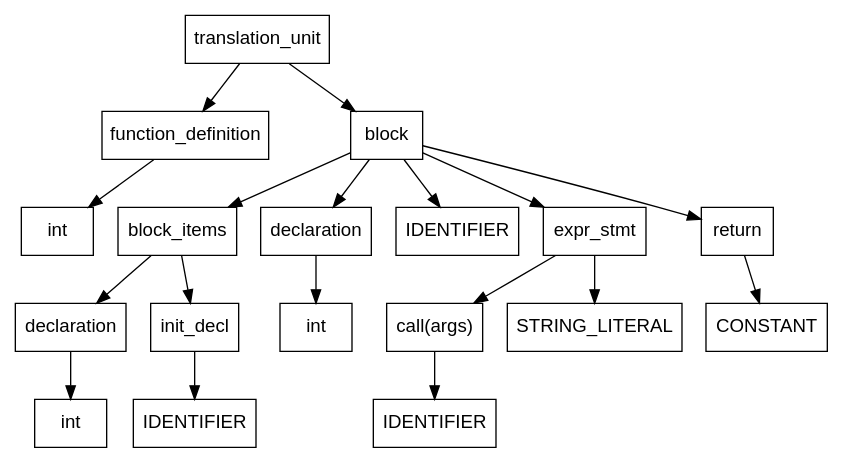
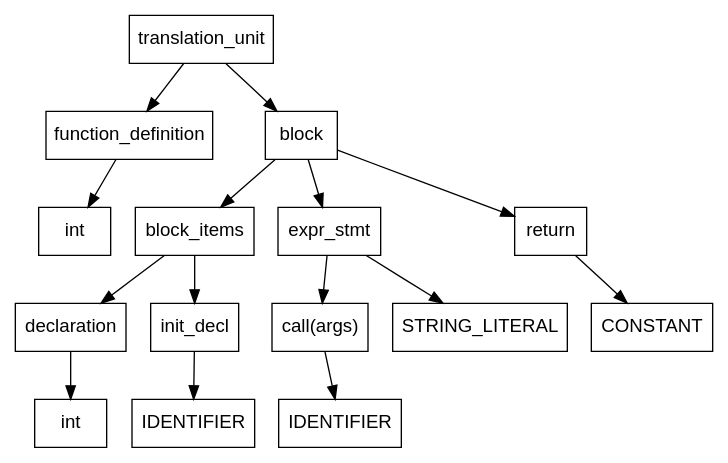
The diagram in server/syntax/parsetree.dot (harshitbhatt18/Nano-CC-Compiler), drawn with Graphviz before and after one commit. The commit also changed 20 other files, not shown here.

```diff
--- a/server/syntax/parsetree.dot
+++ b/server/syntax/parsetree.dot
@@ -1,39 +1,33 @@
 digraph ParseTree {
 node [shape=box, fontname="Arial"];
 edge [fontname="Arial"];
   node1 [label="translation_unit"];
   node2 [label="function_definition"];
   node1 -> node2;
   node3 [label="int"];
   node2 -> node3;
   node4 [label="block"];
   node1 -> node4;
   node5 [label="block_items"];
   node4 -> node5;
   node6 [label="declaration"];
   node5 -> node6;
   node7 [label="int"];
   node6 -> node7;
   node8 [label="init_decl"];
   node5 -> node8;
   node9 [label="IDENTIFIER"];
   node8 -> node9;
-  node10 [label="declaration"];
+  node10 [label="expr_stmt"];
   node4 -> node10;
-  node11 [label="int"];
+  node11 [label="call(args)"];
   node10 -> node11;
   node12 [label="IDENTIFIER"];
-  node4 -> node12;
-  node13 [label="expr_stmt"];
-  node4 -> node13;
-  node14 [label="call(args)"];
-  node13 -> node14;
-  node15 [label="IDENTIFIER"];
+  node11 -> node12;
+  node13 [label="STRING_LITERAL"];
+  node10 -> node13;
+  node14 [label="return"];
+  node4 -> node14;
+  node15 [label="CONSTANT"];
   node14 -> node15;
-  node16 [label="STRING_LITERAL"];
-  node13 -> node16;
-  node17 [label="return"];
-  node4 -> node17;
-  node18 [label="CONSTANT"];
-  node17 -> node18;
 }
```
